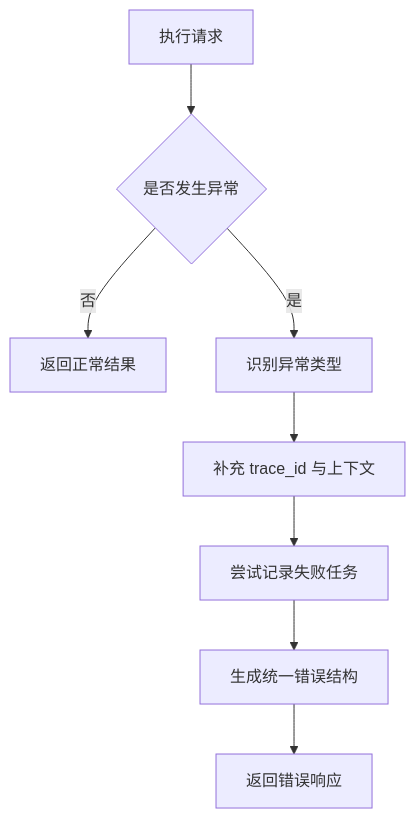
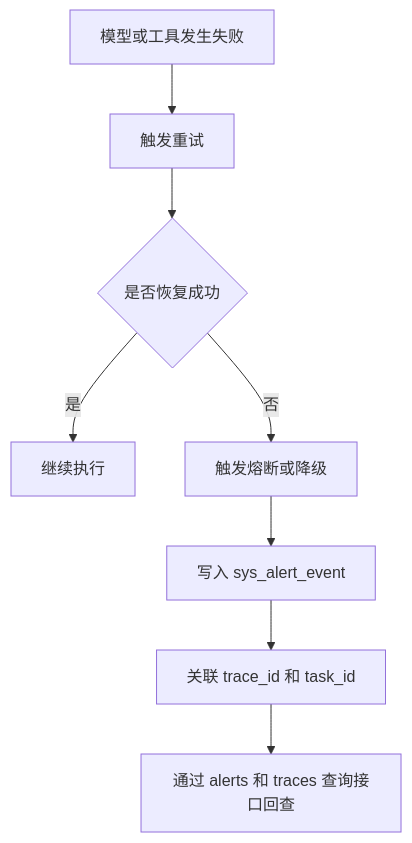
Before and after one commit to yeqiana/AgentOps: the fifth of 5 diagrams in docs/enterprise/详细设计说明书.md, drawn with Mermaid. The commit also changed other lines of this file and 22 other files, not shown here.

````diff
--- a/docs/enterprise/详细设计说明书.md
+++ b/docs/enterprise/详细设计说明书.md
@@ -626,10 +482,10 @@
 ```mermaid
 flowchart TD
-    A[执行请求] --> B{是否发生异常}
-    B -- 否 --> C[返回正常结果]
-    B -- 是 --> D[识别异常类型]
-    D --> E[补充 trace_id 与上下文]
-    E --> F[尝试记录失败任务]
-    F --> G[生成统一错误结构]
-    G --> H[返回错误响应]
+    A[模型或工具发生失败] --> B[触发重试]
+    B --> C{是否恢复成功}
+    C -- 是 --> D[继续执行]
+    C -- 否 --> E[触发熔断或降级]
+    E --> F[写入 sys_alert_event]
+    F --> G[关联 trace_id 和 task_id]
+    G --> H[通过 alerts 和 traces 查询接口回查]
 ```
````
